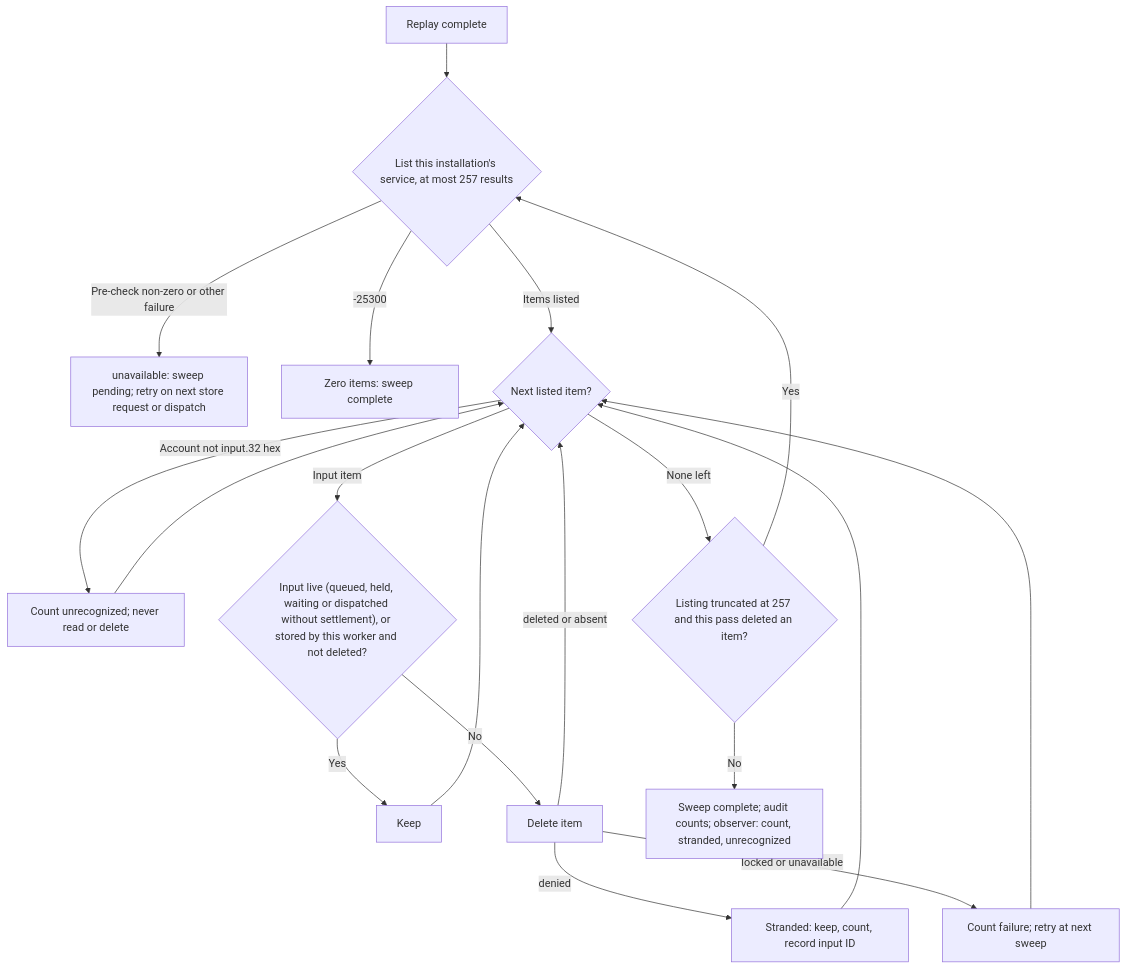
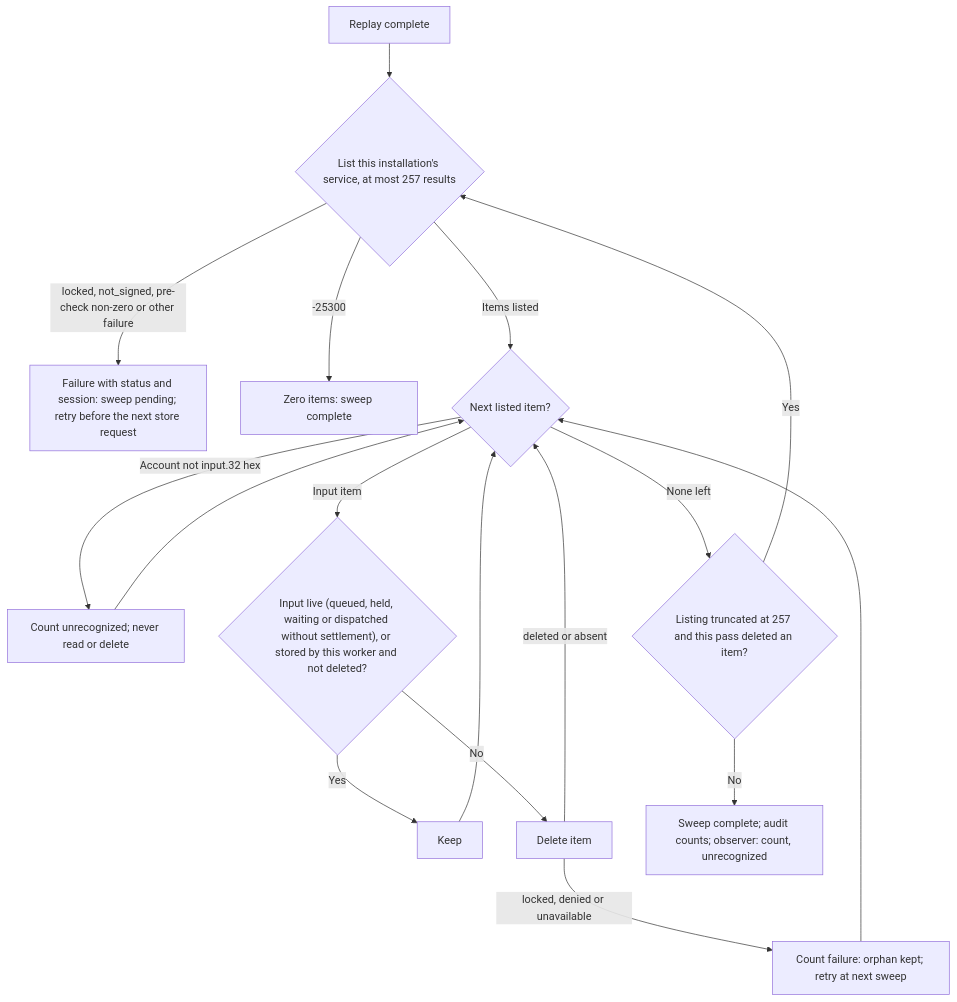
The third of 4 diagrams in docs/designs/secret-store.md (pidster/asura), drawn with Mermaid before and after one commit. The commit also changed other lines of this file and 4 other files, not shown here.

````diff
--- a/docs/designs/secret-store.md
+++ b/docs/designs/secret-store.md
@@ -458,21 +454,19 @@
 ```mermaid
 flowchart TD
     Start["Replay complete"] --> List{"List this installation's service, at most 257 results"}
-    List -->|"Pre-check non-zero or other failure"| Defer["unavailable: sweep pending; retry on next store request or dispatch"]
+    List -->|"locked, not_signed, pre-check non-zero or other failure"| Defer["Failure with status and session: sweep pending; retry before the next store request"]
     List -->|"-25300"| Done["Zero items: sweep complete"]
     List -->|"Items listed"| Next{"Next listed item?"}
     Next -->|"Account not input.32 hex"| Unrec["Count unrecognized; never read or delete"]
     Unrec --> Next
     Next -->|"Input item"| Live{"Input live (queued, held, waiting or dispatched without settlement), or stored by this worker and not deleted?"}
     Live -->|Yes| Keep["Keep"]
     Keep --> Next
     Live -->|No| Del["Delete item"]
     Del -->|"deleted or absent"| Next
-    Del -->|"denied"| Strand["Stranded: keep, count, record input ID"]
-    Strand --> Next
-    Del -->|"locked or unavailable"| Fail["Count failure; retry at next sweep"]
+    Del -->|"locked, denied or unavailable"| Fail["Count failure: orphan kept; retry at next sweep"]
     Fail --> Next
     Next -->|"None left"| Again{"Listing truncated at 257 and this pass deleted an item?"}
     Again -->|Yes| List
-    Again -->|No| Done2["Sweep complete; audit counts; observer: count, stranded, unrecognized"]
+    Again -->|No| Done2["Sweep complete; audit counts; observer: count, unrecognized"]
 ```
````
